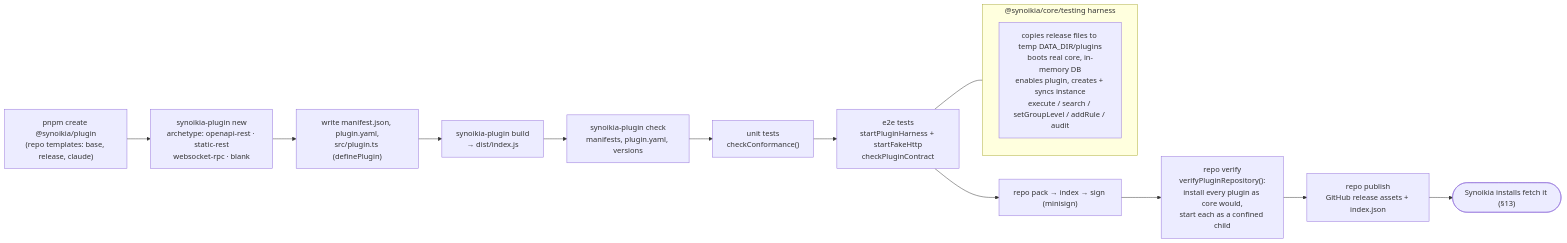
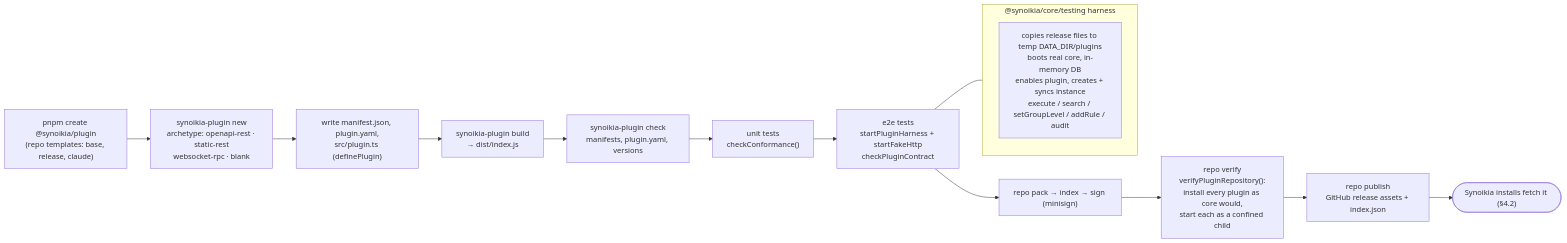
Before and after one commit to via-justa/synoikia-core: diagram 28 of 30 in docs/architecture.md, drawn with Mermaid. The commit also changed other lines of this file and 29 other files, not shown here.

````diff
--- a/docs/architecture.md
+++ b/docs/architecture.md
@@ -1221,18 +1221,18 @@
 ```mermaid
 flowchart LR
   scaffold["pnpm create @synoikia/plugin<br/>(repo templates: base, release, claude)"] --> new["synoikia-plugin new<br/>archetype: openapi-rest · static-rest<br/>websocket-rpc · blank"]
   new --> write["write manifest.json, plugin.yaml,<br/>src/plugin.ts (definePlugin)"]
   write --> build["synoikia-plugin build<br/>→ dist/index.js"]
   build --> check["synoikia-plugin check<br/>manifests, plugin.yaml, versions"]
   check --> unit["unit tests<br/>checkConformance()"]
   unit --> e2e["e2e tests<br/>startPluginHarness + startFakeHttp<br/>checkPluginContract"]
   e2e --> pack["repo pack → index → sign (minisign)"]
   pack --> verify["repo verify<br/>verifyPluginRepository():<br/>install every plugin as core would,<br/>start each as a confined child"]
   verify --> publish["repo publish<br/>GitHub release assets + index.json"]
-  publish --> installs(["Synoikia installs fetch it (§13)"])
+  publish --> installs(["Synoikia installs fetch it (§4.2)"])
 
   subgraph Harness["@synoikia/core/testing harness"]
     hz["copies release files to temp DATA_DIR/plugins<br/>boots real core, in-memory DB<br/>enables plugin, creates + syncs instance<br/>execute / search / setGroupLevel / addRule / audit"]
   end
   e2e --- Harness
 ```
````
